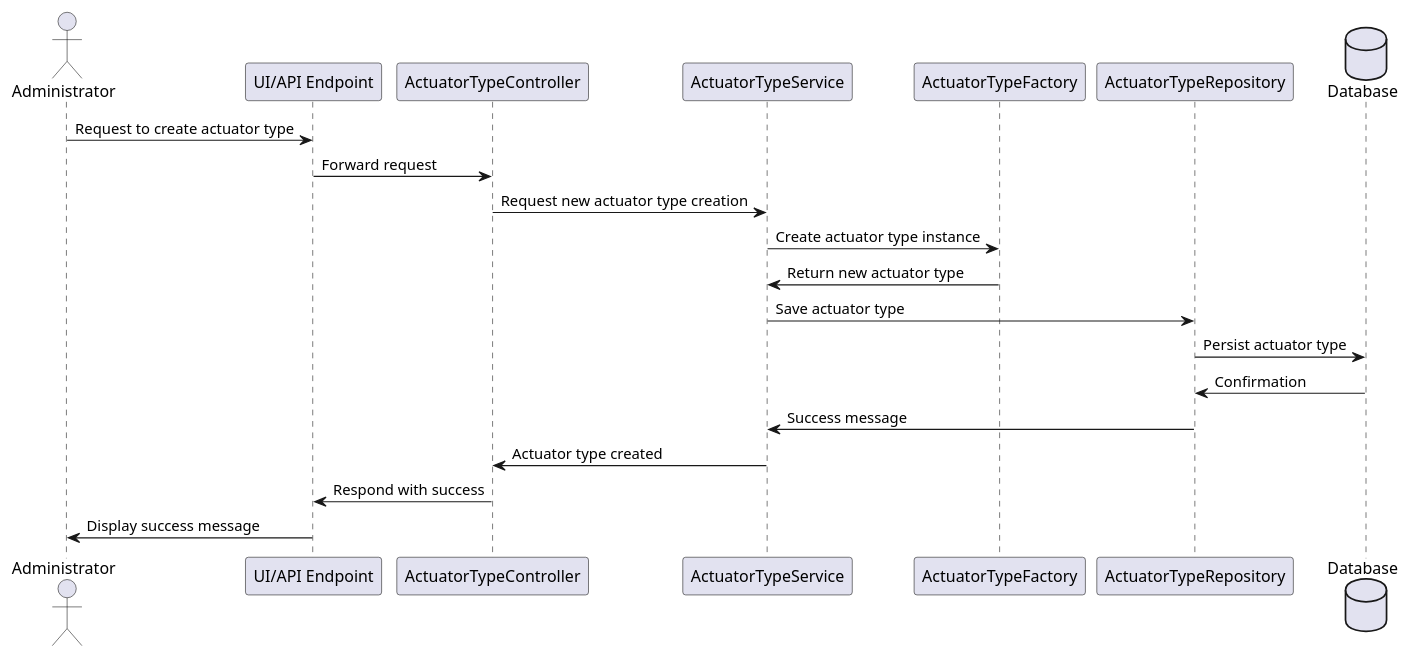
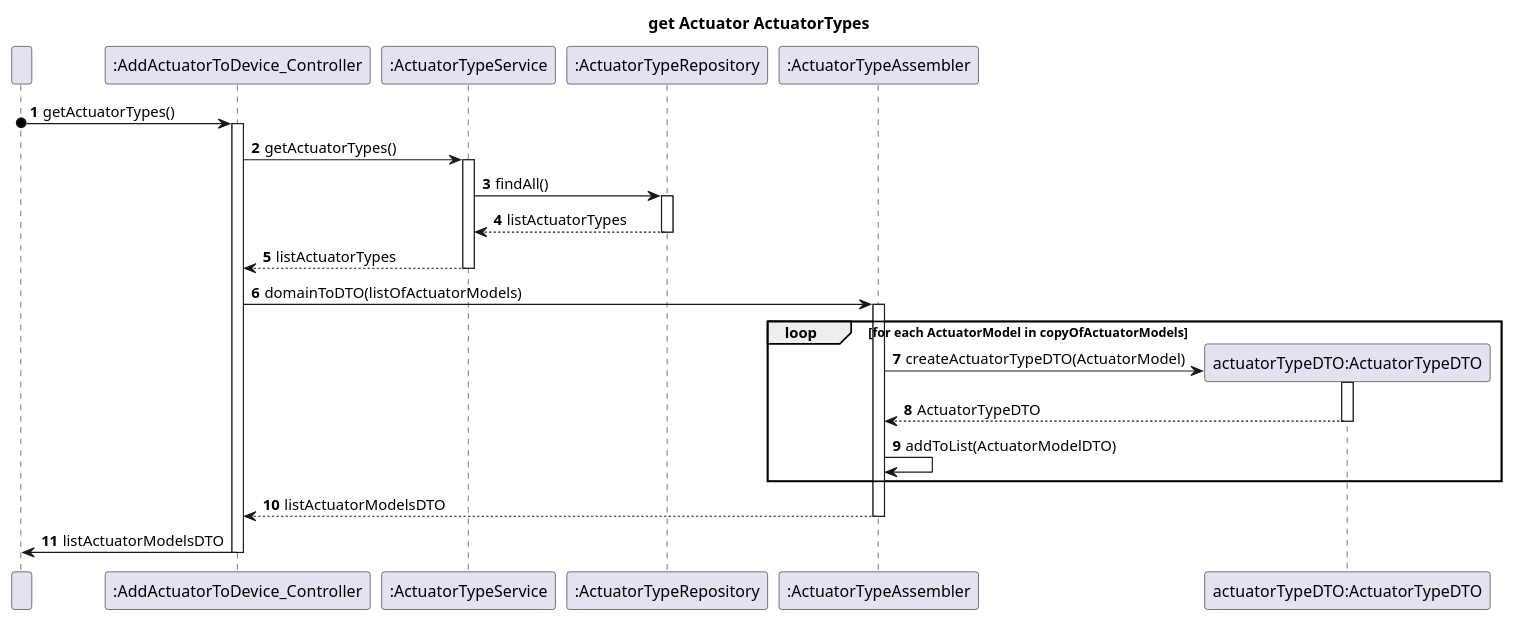
Before and after one commit to olivDiogo/SmartHome: the fourth of 6 diagrams in docs/userStories/us12/artifacts/us12_SD.puml, drawn with PlantUML. The commit also changed other lines of this file and 13 other files, not shown here.

First line of the commit message:
docs: update to us12 readme, sequence diagram and class diagram

```diff
--- a/docs/userStories/us12/artifacts/us12_SD.puml
+++ b/docs/userStories/us12/artifacts/us12_SD.puml
@@ -123,23 +205,46 @@
 @startuml
-actor Administrator
-participant "UI/API Endpoint" as UI
-participant "ActuatorTypeController" as Controller
-participant "ActuatorTypeService" as Service
-participant "ActuatorTypeFactory" as Factory
-participant "ActuatorTypeRepository" as Repository
-database "Database" as DB
+title get Actuator ActuatorTypes
+autonumber
+!pragma layout smetana
 
-Administrator -> UI : Request to create actuator type
-UI -> Controller : Forward request
-Controller -> Service : Request new actuator type creation
-Service -> Factory : Create actuator type instance
-Factory -> Service : Return new actuator type
-Service -> Repository : Save actuator type
-Repository -> DB : Persist actuator type
-DB -> Repository : Confirmation
-Repository -> Service : Success message
-Service -> Controller : Actuator type created
-Controller -> UI : Respond with success
-UI -> Administrator : Display success message
+participant " " as User
+participant ":AddActuatorToDevice_Controller" as AddActuatorToDevice_Controller
+participant ":ActuatorTypeService" as ActuatorTypeService
+participant ":ActuatorTypeRepository" as ActuatorTypeRepository
+participant ":ActuatorTypeAssembler" as ActuatorTypeAssembler
+participant "actuatorTypeDTO:ActuatorTypeDTO" as ActuatorTypeDTO
+
+User o-> AddActuatorToDevice_Controller: getActuatorTypes()
+activate AddActuatorToDevice_Controller
+
+AddActuatorToDevice_Controller -> ActuatorTypeService: getActuatorTypes()
+activate ActuatorTypeService
+
+ActuatorTypeService -> ActuatorTypeRepository: findAll()
+activate ActuatorTypeRepository
+
+ActuatorTypeRepository --> ActuatorTypeService: listActuatorTypes
+deactivate ActuatorTypeRepository
+
+ActuatorTypeService --> AddActuatorToDevice_Controller: listActuatorTypes
+deactivate ActuatorTypeService
+
+AddActuatorToDevice_Controller -> ActuatorTypeAssembler: domainToDTO(listOfActuatorModels)
+activate ActuatorTypeAssembler
+
+loop for each ActuatorModel in copyOfActuatorModels
+create ActuatorTypeDTO
+ActuatorTypeAssembler -> ActuatorTypeDTO: createActuatorTypeDTO(ActuatorModel)
+activate ActuatorTypeDTO
+ActuatorTypeDTO --> ActuatorTypeAssembler: ActuatorTypeDTO
+deactivate ActuatorTypeDTO
+ActuatorTypeAssembler -> ActuatorTypeAssembler: addToList(ActuatorModelDTO)
+end
+
+ActuatorTypeAssembler --> AddActuatorToDevice_Controller: listActuatorModelsDTO
+deactivate ActuatorTypeAssembler
+
+AddActuatorToDevice_Controller -> User: listActuatorModelsDTO
+deactivate AddActuatorToDevice_Controller
 
 @enduml
```
